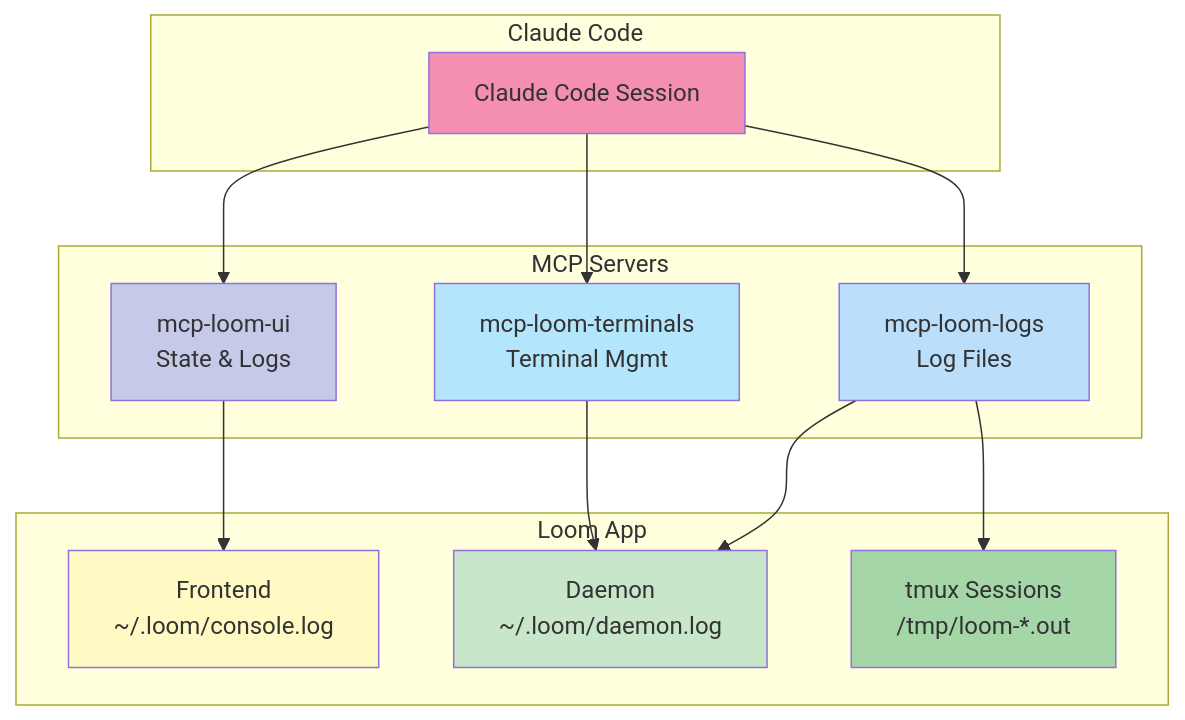
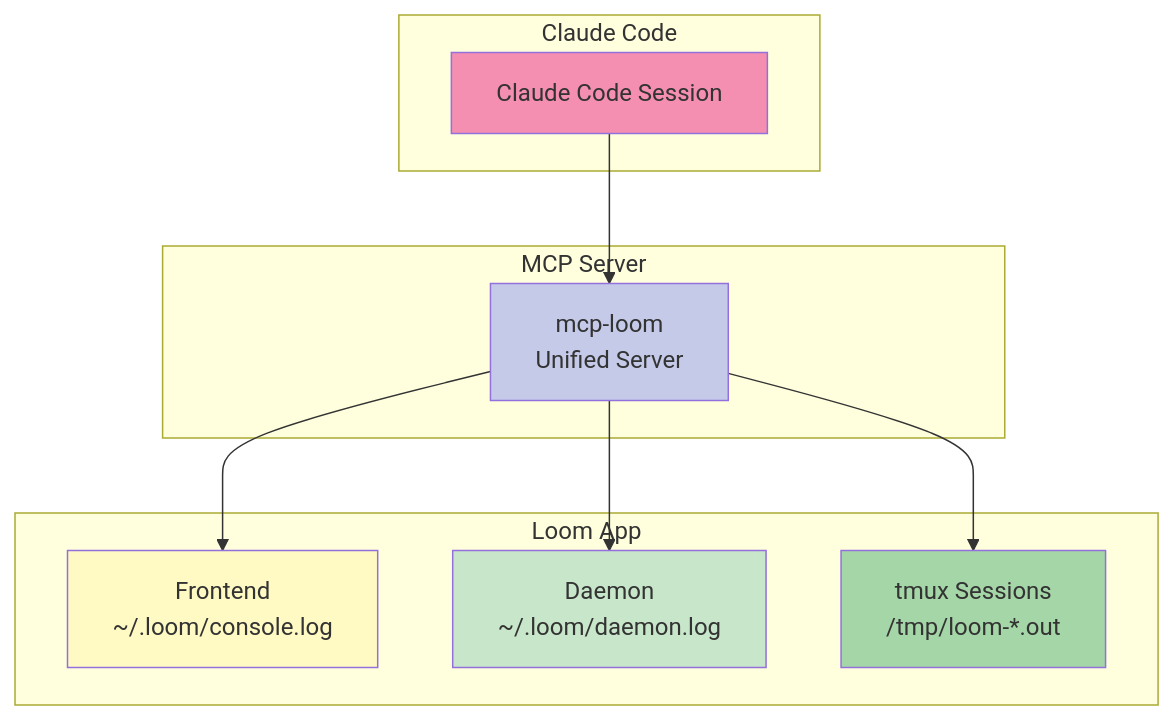
One commit to rjwalters/loom changed the tenth of 10 diagrams in docs/architecture/system-overview.md. Above: the diagram before and after it, drawn with Mermaid. The commit also changed other lines of this file and 32 other files, not shown here.

````diff
--- a/docs/architecture/system-overview.md
+++ b/docs/architecture/system-overview.md
@@ -384,35 +384,28 @@
 ```mermaid
 graph TB
     subgraph "Claude Code"
         CC[Claude Code Session]
     end
 
-    subgraph "MCP Servers"
-        UI[mcp-loom-ui<br/>State & Logs]
-        Logs[mcp-loom-logs<br/>Log Files]
-        Terms[mcp-loom-terminals<br/>Terminal Mgmt]
+    subgraph "MCP Server"
+        MCP[mcp-loom<br/>Unified Server]
     end
 
     subgraph "Loom App"
         Frontend[Frontend<br/>~/.loom/console.log]
         Daemon[Daemon<br/>~/.loom/daemon.log]
         Tmux[tmux Sessions<br/>/tmp/loom-*.out]
     end
 
-    CC --> UI
-    CC --> Logs
-    CC --> Terms
+    CC --> MCP
 
-    UI --> Frontend
-    Logs --> Daemon
-    Logs --> Tmux
-    Terms --> Daemon
+    MCP --> Frontend
+    MCP --> Daemon
+    MCP --> Tmux
 
     style CC fill:#f48fb1
-    style UI fill:#c5cae9
-    style Logs fill:#bbdefb
-    style Terms fill:#b3e5fc
+    style MCP fill:#c5cae9
     style Frontend fill:#fff9c4
     style Daemon fill:#c8e6c9
     style Tmux fill:#a5d6a7
 ```
````
